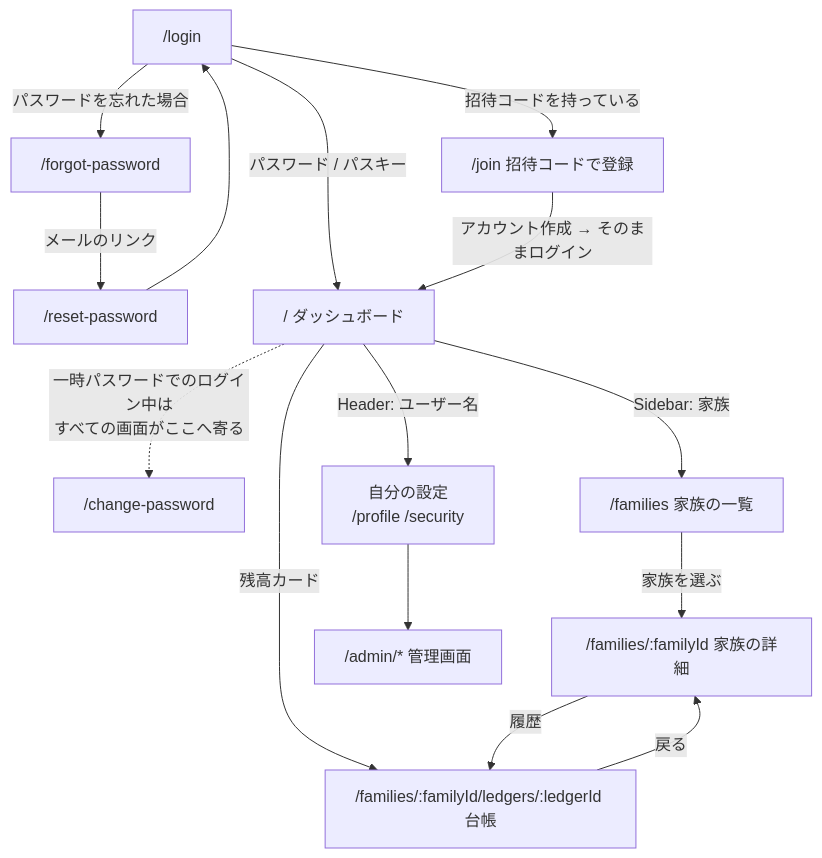
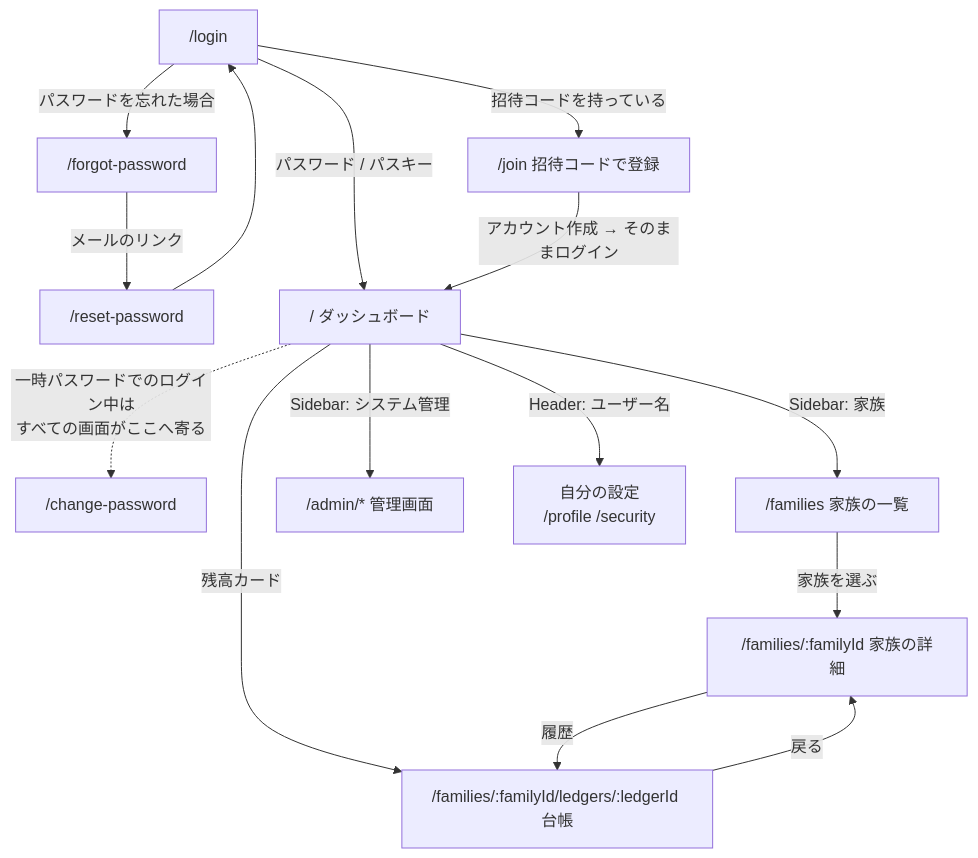
Before and after one commit to kiyoteruhosoda/rewardpointsweb: the first of 2 diagrams in frontend/README.md, drawn with Mermaid. The commit also changed other lines of this file and 16 other files, not shown here.

````diff
--- a/frontend/README.md
+++ b/frontend/README.md
@@ -99,31 +99,31 @@
 ```mermaid
 flowchart TD
   login["/login"]
   join["/join 招待コードで登録"]
   forgot["/forgot-password"]
   reset["/reset-password"]
   change["/change-password"]
   dash["/ ダッシュボード"]
   families["/families 家族の一覧"]
   family["/families/:familyId 家族の詳細"]
   ledger["/families/:familyId/ledgers/:ledgerId 台帳"]
   admin["/admin/* 管理画面"]
   own["自分の設定<br/>/profile /security"]
 
   login -->|"パスワード / パスキー"| dash
   login -->|"招待コードを持っている"| join
   join -->|"アカウント作成 → そのままログイン"| dash
   login -->|"パスワードを忘れた場合"| forgot
   forgot -->|"メールのリンク"| reset
   reset --> login
 
   dash -->|"Sidebar: 家族"| families
   dash -->|"残高カード"| ledger
   families -->|"家族を選ぶ"| family
   family -->|"履歴"| ledger
   ledger -->|"戻る"| family
   dash -->|"Header: ユーザー名"| own
-  own --> admin
+  dash -->|"Sidebar: システム管理"| admin
 
   dash -.->|"一時パスワードでのログイン中は<br/>すべての画面がここへ寄る"| change
 ```
````
